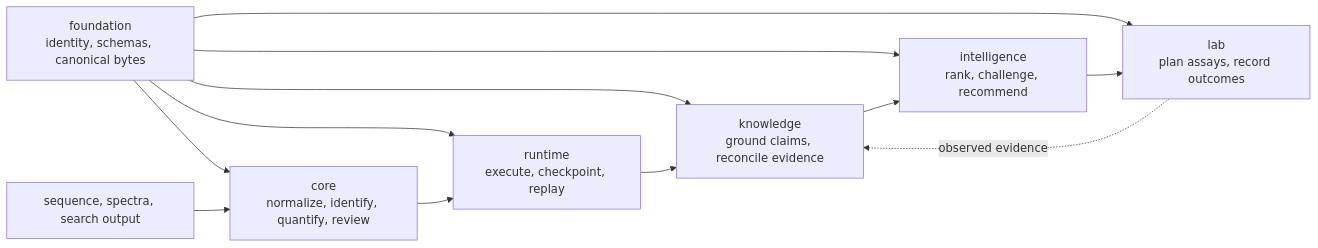
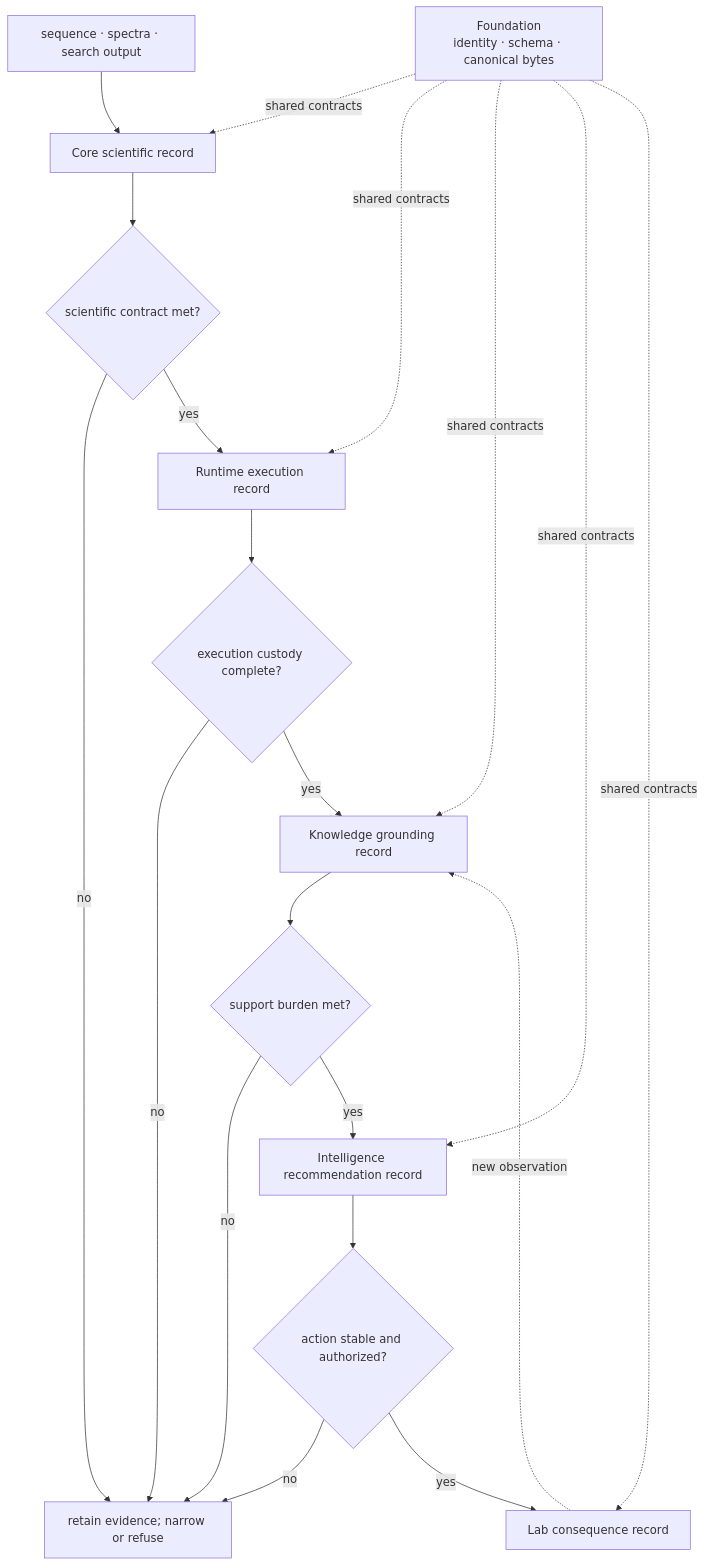
The first of 2 diagrams in README.md (bijux/bijux-proteomics), drawn with Mermaid before and after one commit. The commit also changed other lines of this file and 1 other file, not shown here.

Commit message:
docs(overview): expose authority limits at repository entry points

````diff
--- a/README.md
+++ b/README.md
@@ -133,17 +133,23 @@
 ```mermaid
-flowchart LR
-    foundation["foundation\nidentity, schemas, canonical bytes"]
-    sample["sequence, spectra, search output"]
-    core["core\nnormalize, identify, quantify, review"]
-    runtime["runtime\nexecute, checkpoint, replay"]
-    knowledge["knowledge\nground claims, reconcile evidence"]
-    intelligence["intelligence\nrank, challenge, recommend"]
-    lab["lab\nplan assays, record outcomes"]
-    foundation --> core
-    foundation --> runtime
-    foundation --> knowledge
-    foundation --> intelligence
-    foundation --> lab
-    sample --> core --> runtime --> knowledge --> intelligence --> lab
-    lab -. observed evidence .-> knowledge
+flowchart TD
+    foundation["Foundation\nidentity · schema · canonical bytes"]
+    input["sequence · spectra · search output"] --> core["Core scientific record"]
+    core --> scientific{"scientific contract met?"}
+    scientific -->|no| narrow["retain evidence; narrow or refuse"]
+    scientific -->|yes| runtime["Runtime execution record"]
+    runtime --> custody{"execution custody complete?"}
+    custody -->|no| narrow
+    custody -->|yes| knowledge["Knowledge grounding record"]
+    knowledge --> supported{"support burden met?"}
+    supported -->|no| narrow
+    supported -->|yes| intelligence["Intelligence recommendation record"]
+    intelligence --> action{"action stable and authorized?"}
+    action -->|no| narrow
+    action -->|yes| lab["Lab consequence record"]
+    lab -. new observation .-> knowledge
+    foundation -. shared contracts .-> core
+    foundation -. shared contracts .-> runtime
+    foundation -. shared contracts .-> knowledge
+    foundation -. shared contracts .-> intelligence
+    foundation -. shared contracts .-> lab
 ```
````
